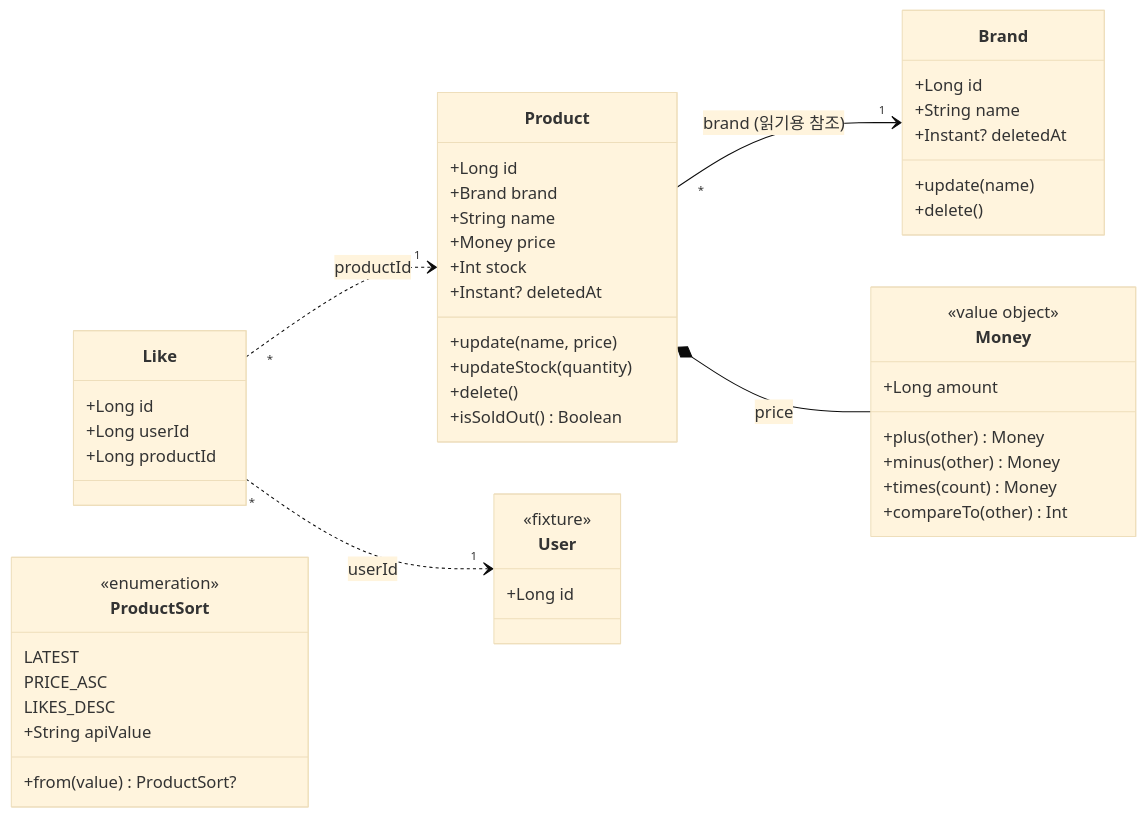
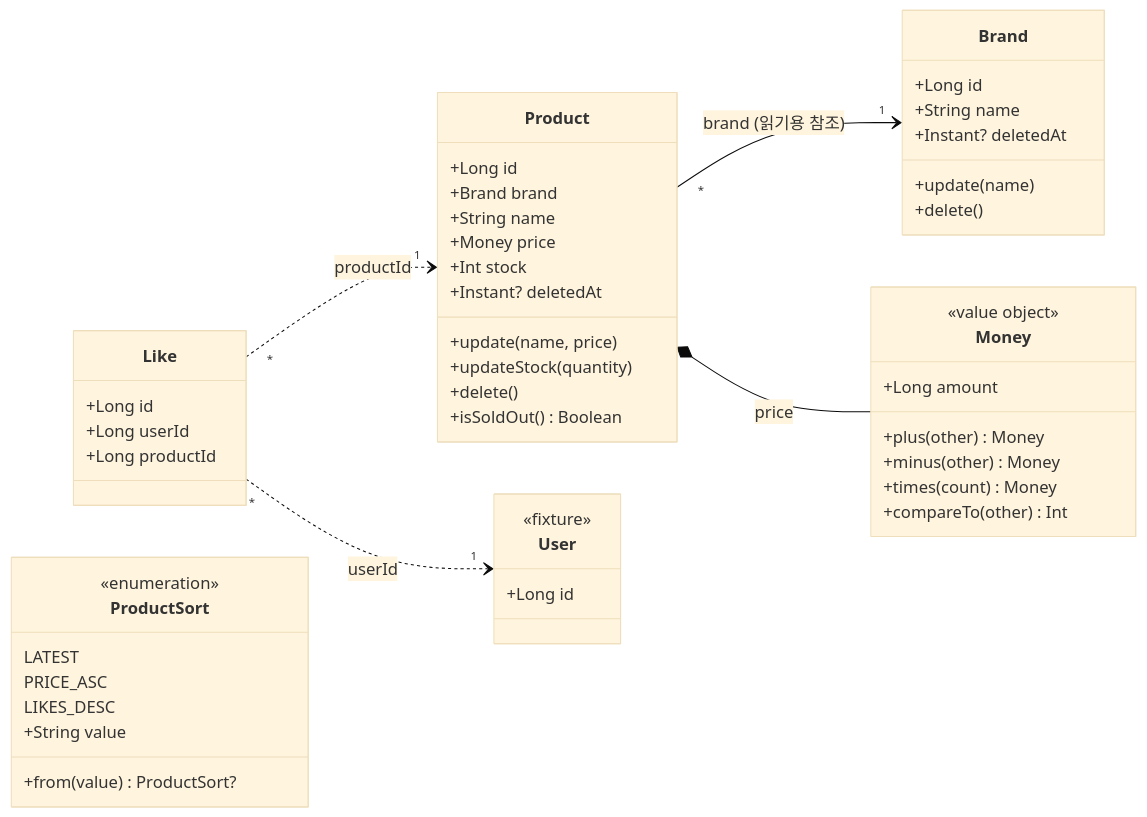
The second of 3 diagrams in docs/design/catalog.md (giwankim/loop-pack-be-l2-vol5-kotlin), drawn with Mermaid (base theme) before and after one commit. The commit also changed other lines of this file, not shown here.

First line of the commit message:
docs: rename the product sort apiValue attribute in the catalog design

````diff
--- a/docs/design/catalog.md
+++ b/docs/design/catalog.md
@@ -70,59 +70,59 @@
 ```mermaid
 classDiagram
     direction LR
 
     class Brand {
         +Long id
         +String name
         +Instant? deletedAt
         +update(name)
         +delete()
     }
 
     class Product {
         +Long id
         +Brand brand
         +String name
         +Money price
         +Int stock
         +Instant? deletedAt
         +update(name, price)
         +updateStock(quantity)
         +delete()
         +isSoldOut() Boolean
     }
 
     class Money {
         <<value object>>
         +Long amount
         +plus(other) Money
         +minus(other) Money
         +times(count) Money
         +compareTo(other) Int
     }
 
     class Like {
         +Long id
         +Long userId
         +Long productId
     }
 
     class User {
         <<fixture>>
         +Long id
     }
 
     class ProductSort {
         <<enumeration>>
         LATEST
         PRICE_ASC
         LIKES_DESC
-        +String apiValue
+        +String value
         +from(value) ProductSort?
     }
 
     Product "*" --> "1" Brand : brand (읽기용 참조)
     Product *-- Money : price
     Like "*" ..> "1" Product : productId
     Like "*" ..> "1" User : userId
 ```
````
